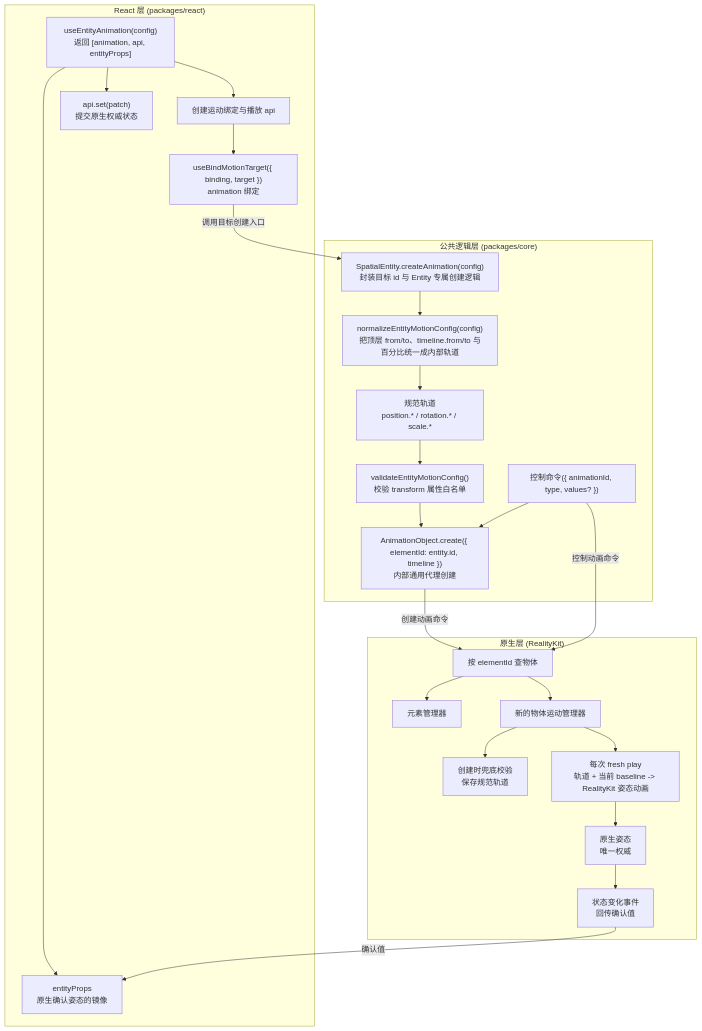
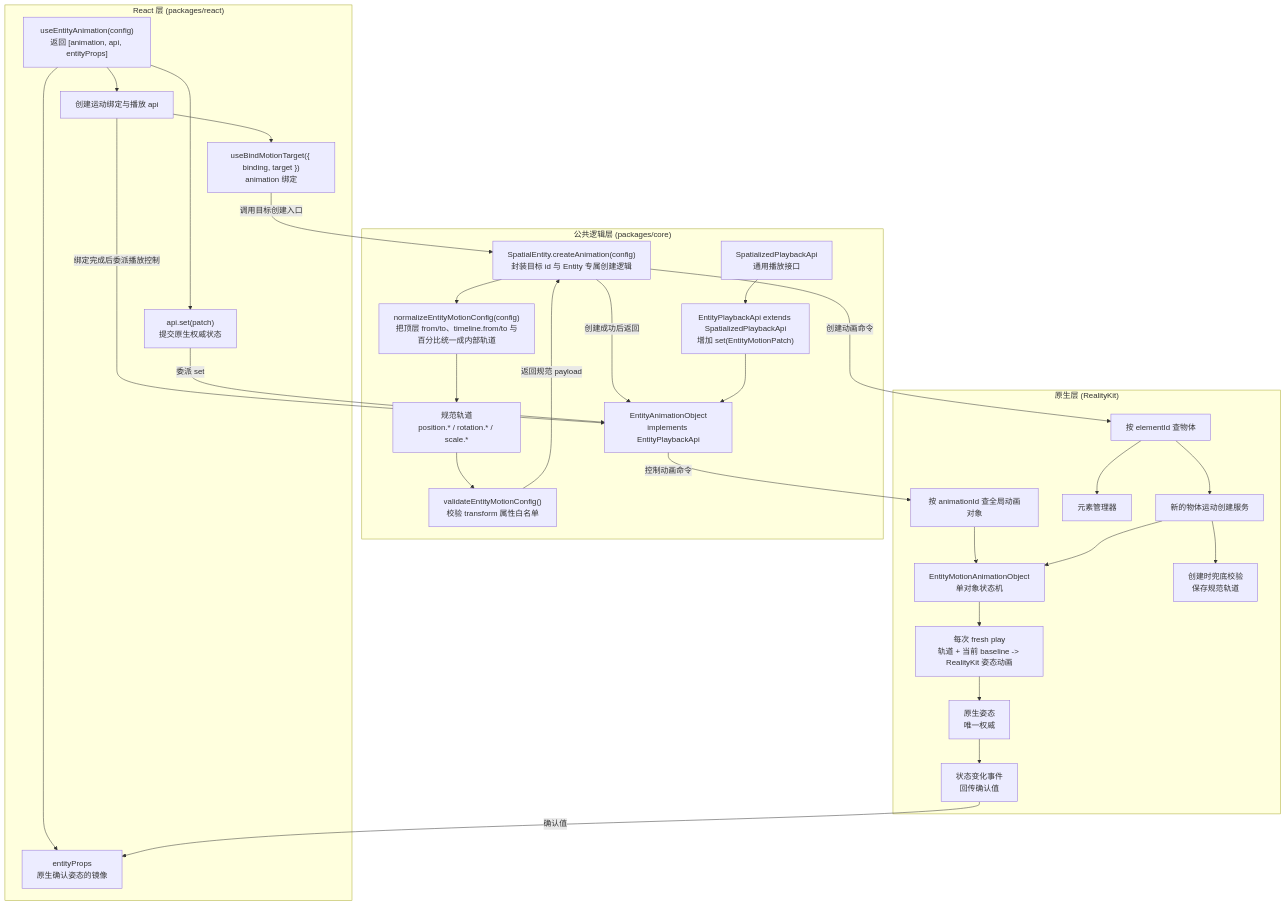
Before and after one commit to webspatial/webspatial-sdk: the first of 14 diagrams in openspec/changes/redesign-entity-motion-api/design.zh.md, drawn with Mermaid. The commit also changed other lines of this file and 1 other file, not shown here.

````diff
--- a/openspec/changes/redesign-entity-motion-api/design.zh.md
+++ b/openspec/changes/redesign-entity-motion-api/design.zh.md
@@ -114,52 +115,61 @@
 ```mermaid
 flowchart TB
     subgraph React["React 层 (packages/react)"]
         UseEntity["useEntityAnimation(config)<br/>返回 [animation, api, entityProps]"]
         ReactBinding["创建运动绑定与播放 api"]
         EntityProps["entityProps<br/>原生确认姿态的镜像"]
         ApiSet["api.set(patch)<br/>提交原生权威状态"]
         BindTarget["useBindMotionTarget({ binding, target })<br/>animation 绑定"]
 
         UseEntity --> ReactBinding
         UseEntity --> EntityProps
         UseEntity --> ApiSet
         ReactBinding --> BindTarget
     end
 
     subgraph Core["公共逻辑层 (packages/core)"]
         EntityCreate["SpatialEntity.createAnimation(config)<br/>封装目标 id 与 Entity 专属创建逻辑"]
         Normalize["normalizeEntityMotionConfig(config)<br/>把顶层 from/to、timeline.from/to 与百分比统一成内部轨道"]
         Tracks["规范轨道<br/>position.* / rotation.* / scale.*"]
         Validate["validateEntityMotionConfig()<br/>校验 transform 属性白名单"]
-        CreateObject["AnimationObject.create({ elementId: entity.id, timeline })<br/>内部通用代理创建"]
-        ControlObject["控制命令({ animationId, type, values? })"]
+        PlaybackApi["SpatializedPlaybackApi<br/>通用播放接口"]
+        EntityApi["EntityPlaybackApi extends SpatializedPlaybackApi<br/>增加 set(EntityMotionPatch)"]
+        CoreAnimationObject["EntityAnimationObject<br/>implements EntityPlaybackApi"]
 
         EntityCreate --> Normalize
         Normalize --> Tracks
         Tracks --> Validate
-        Validate --> CreateObject
-        ControlObject --> CreateObject
+        Validate -->|"返回规范 payload"| EntityCreate
+        EntityCreate -->|"创建成功后返回"| CoreAnimationObject
+        PlaybackApi --> EntityApi
+        EntityApi --> CoreAnimationObject
     end
 
     subgraph Native["原生层 (RealityKit)"]
         Resolve["按 elementId 查物体"]
+        ResolveAnimation["按 animationId 查全局动画对象"]
         ElementAdapter["元素管理器"]
-        EntityManager["新的物体运动管理器"]
+        EntityManager["新的物体运动创建服务"]
+        AnimationObject["EntityMotionAnimationObject<br/>单对象状态机"]
         NativeValidate["创建时兜底校验<br/>保存规范轨道"]
         Compile["每次 fresh play<br/>轨道 + 当前 baseline -> RealityKit 姿态动画"]
         Authority["原生姿态<br/>唯一权威"]
         Event["状态变化事件<br/>回传确认值"]
 
         Resolve --> ElementAdapter
         Resolve --> EntityManager
+        ResolveAnimation --> AnimationObject
         EntityManager --> NativeValidate
-        EntityManager --> Compile
+        EntityManager --> AnimationObject
+        AnimationObject --> Compile
         Compile --> Authority
         Authority --> Event
     end
 
     BindTarget -->|"调用目标创建入口"| EntityCreate
-    CreateObject -->|"创建动画命令"| Resolve
-    ControlObject -->|"控制动画命令"| Resolve
+    ReactBinding -->|"绑定完成后委派播放控制"| CoreAnimationObject
+    ApiSet -->|"委派 set"| CoreAnimationObject
+    EntityCreate -->|"创建动画命令"| Resolve
+    CoreAnimationObject -->|"控制动画命令"| ResolveAnimation
     Event -->|"确认值"| EntityProps
 ```
````
